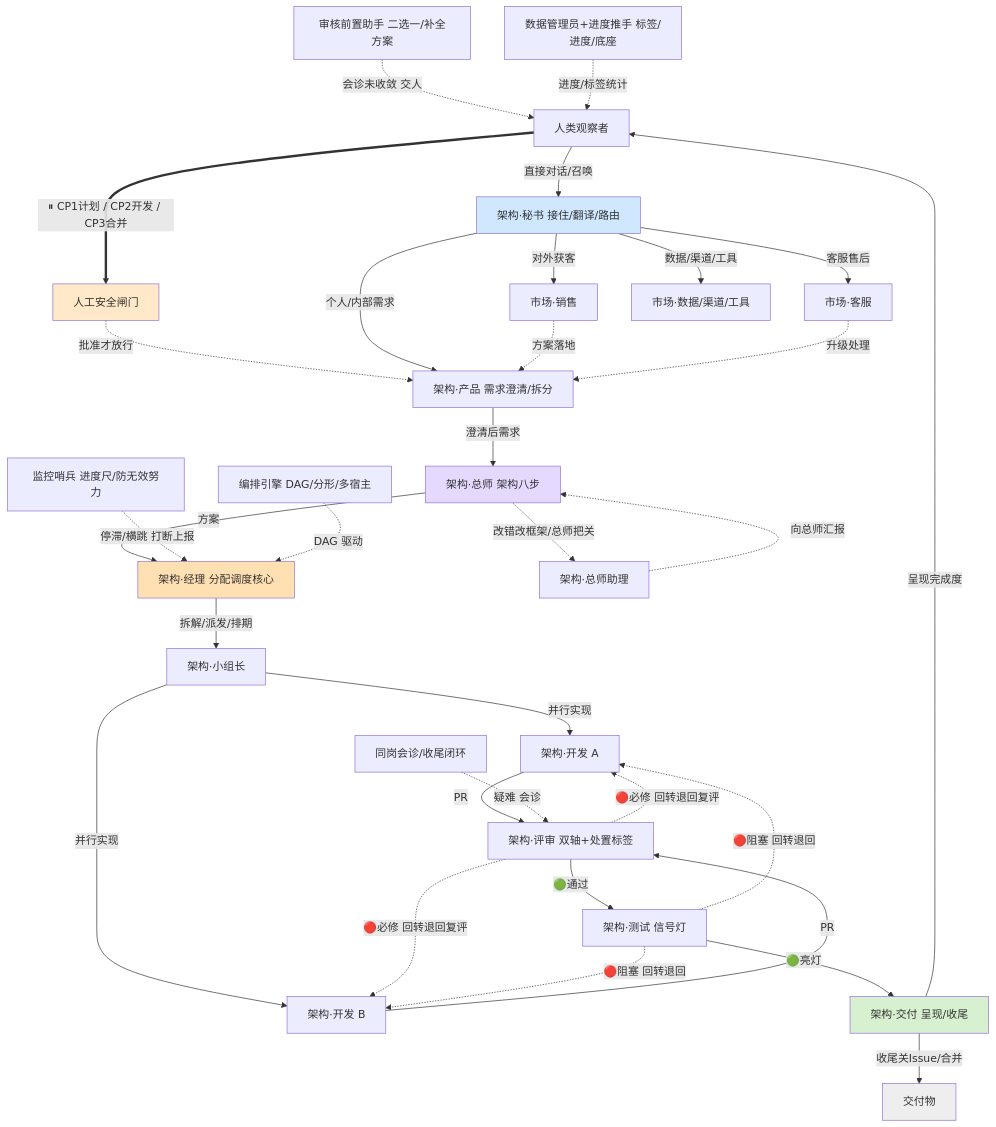
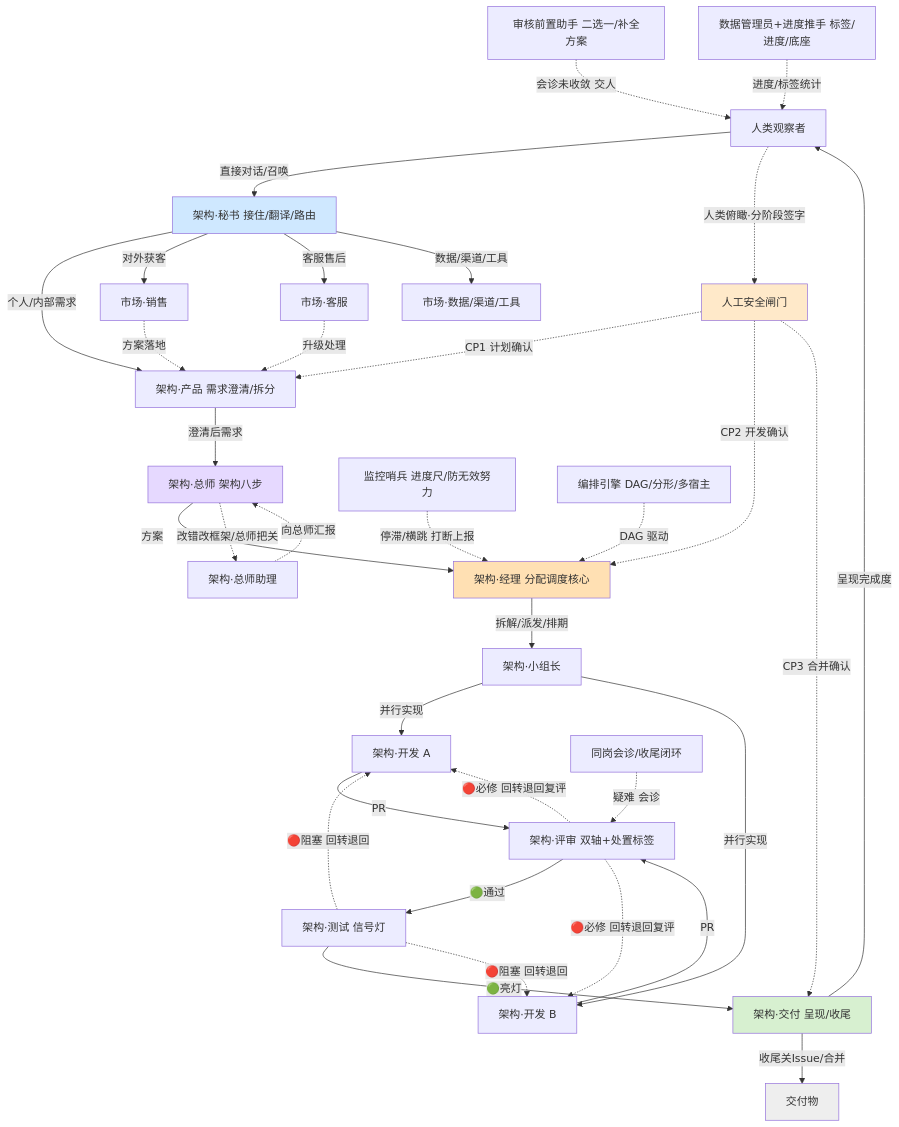
The diagram in README.md (haodongzhang022-hue/dongjiagoushi), drawn with Mermaid before and after one commit. The commit also changed other lines of this file, not shown here.

Commit message:
docs(readme): 消除评审/测试反馈的歧义 — ① 安全闸门GATE改分阶段签字(CP1计划/CP2开发/CP3合并分别落到PROD/MGR/DEL) ② 配文点明三个CP分属阶段 ③ 删mermaid收口冗余空行 ④ 主图与角色清单/协作过程速览互引 (Issue #142)

````diff
--- a/README.md
+++ b/README.md
@@ -242,51 +248,54 @@
 ```mermaid
 graph TD
     HUM[人类观察者] -->|直接对话/召唤| SEC
-    HUM ==>|⏸ CP1计划 / CP2开发 / CP3合并| GATE[人工安全闸门]
-    GATE -.批准才放行.-> PROD
+    HUM -.人类俯瞰·分阶段签字.-> GATE[人工安全闸门]
 
     SEC[架构·秘书 接住/翻译/路由]
     SEC -->|个人/内部需求| PROD[架构·产品 需求澄清/拆分]
     SEC -->|对外获客| SALE[市场·销售]
     SEC -->|客服售后| SUPP[市场·客服]
     SEC -->|数据/渠道/工具| MKT[市场·数据/渠道/工具]
 
     PROD -->|澄清后需求| ARCH[架构·总师 架构八步]
     ARCH -->|方案| MGR[架构·经理 分配调度核心]
     ARCH -.改错改框架/总师把关.-> ASST[架构·总师助理]
     MGR -->|拆解/派发/排期| LEAD[架构·小组长]
     LEAD -->|并行实现| D1[架构·开发 A]
     LEAD -->|并行实现| D2[架构·开发 B]
     D1 -->|PR| REV[架构·评审 双轴+处置标签]
     D2 -->|PR| REV
     REV -->|🟢通过| TST[架构·测试 信号灯]
     TST -->|🟢亮灯| DEL[架构·交付 呈现/收尾]
     DEL -->|呈现完成度| HUM
     DEL -->|收尾关Issue/合并| OUT[交付物]
+
+    GATE -.CP1 计划确认.-> PROD
+    GATE -.CP2 开发确认.-> MGR
+    GATE -.CP3 合并确认.-> DEL
 
     REV -.🔴必修 回转退回复评.-> D1
     REV -.🔴必修 回转退回复评.-> D2
     TST -.🔴阻塞 回转退回.-> D1
     TST -.🔴阻塞 回转退回.-> D2
     SALE -.方案落地.-> PROD
     SUPP -.升级处理.-> PROD
     ASST -.向总师汇报.-> ARCH
 
     SN[监控哨兵 进度尺/防无效努力]
     PRE[审核前置助手 二选一/补全方案]
     PEER[同岗会诊/收尾闭环]
     DAT[数据管理员+进度推手 标签/进度/底座]
     HOST[编排引擎 DAG/分形/多宿主]
     SN -.停滞/横跳 打断上报.-> MGR
     PRE -.会诊未收敛 交人.-> HUM
     PEER -.疑难 会诊.-> REV
     DAT -.进度/标签统计.-> HUM
     HOST -.DAG 驱动.-> MGR
 
     style SEC fill:#cfe8ff
     style DEL fill:#d7f0d0
     style GATE fill:#ffe9c9
     style ARCH fill:#e6d9ff
     style MGR fill:#ffe0b3
     style OUT fill:#eee
 ```
````
